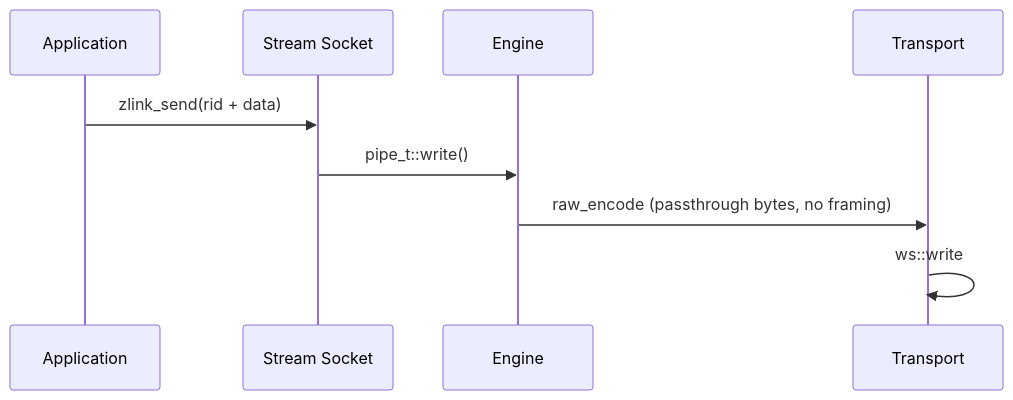
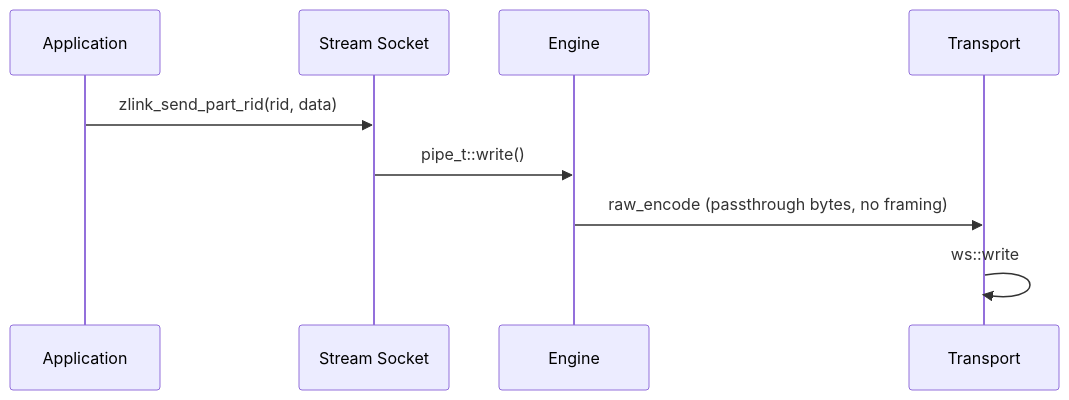
The diagram in core/doc/spec/core/socket/08-stream.en.md (zlink-systems/zlink), drawn with Mermaid before and after one commit. The commit also changed other lines of this file and 102 other files, not shown here.

````diff
--- a/core/doc/spec/core/socket/08-stream.en.md
+++ b/core/doc/spec/core/socket/08-stream.en.md
@@ -313,12 +314,12 @@
 ```mermaid
 sequenceDiagram
     participant App as Application
     participant SS as Stream Socket
     participant Eng as Engine
     participant Tr as Transport
 
-    App->>SS: zlink_send(rid + data)
+    App->>SS: zlink_send_part_rid(rid, data)
     SS->>Eng: pipe_t::write()
     Eng->>Tr: raw_encode (passthrough bytes, no framing)
     Tr->>Tr: ws::write
 ```
````
